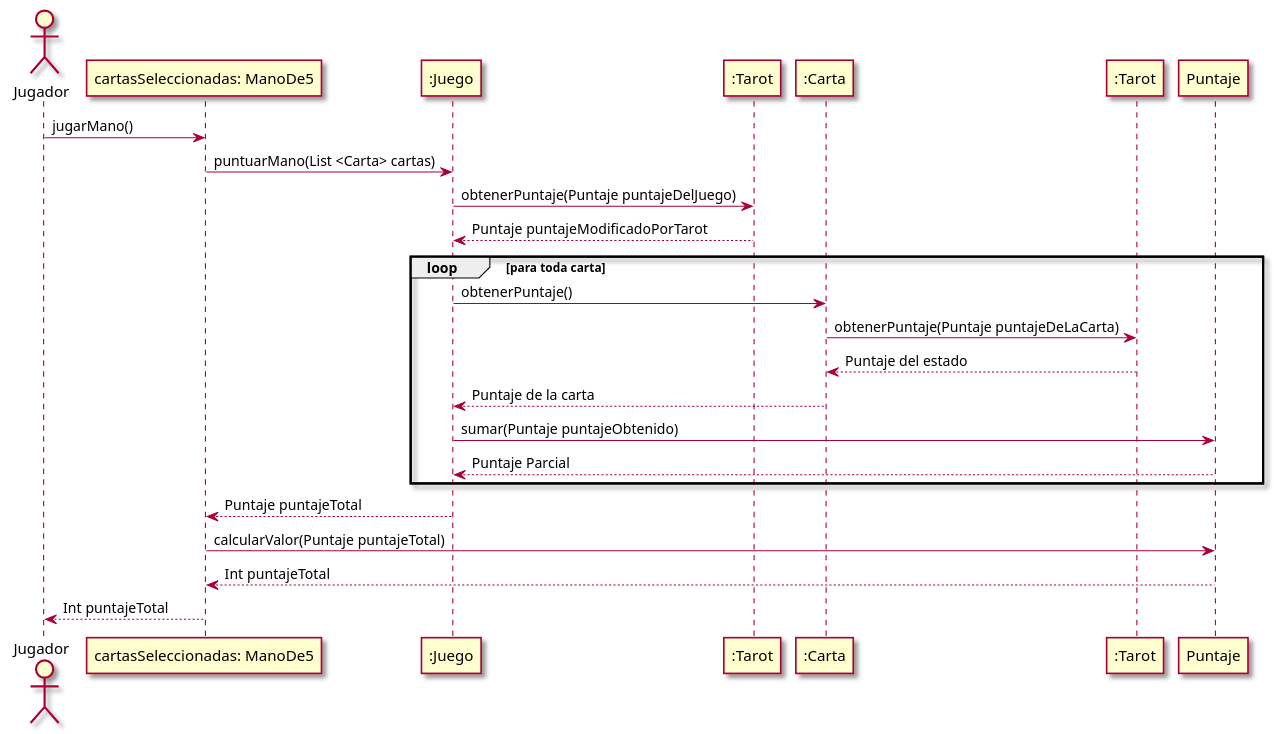
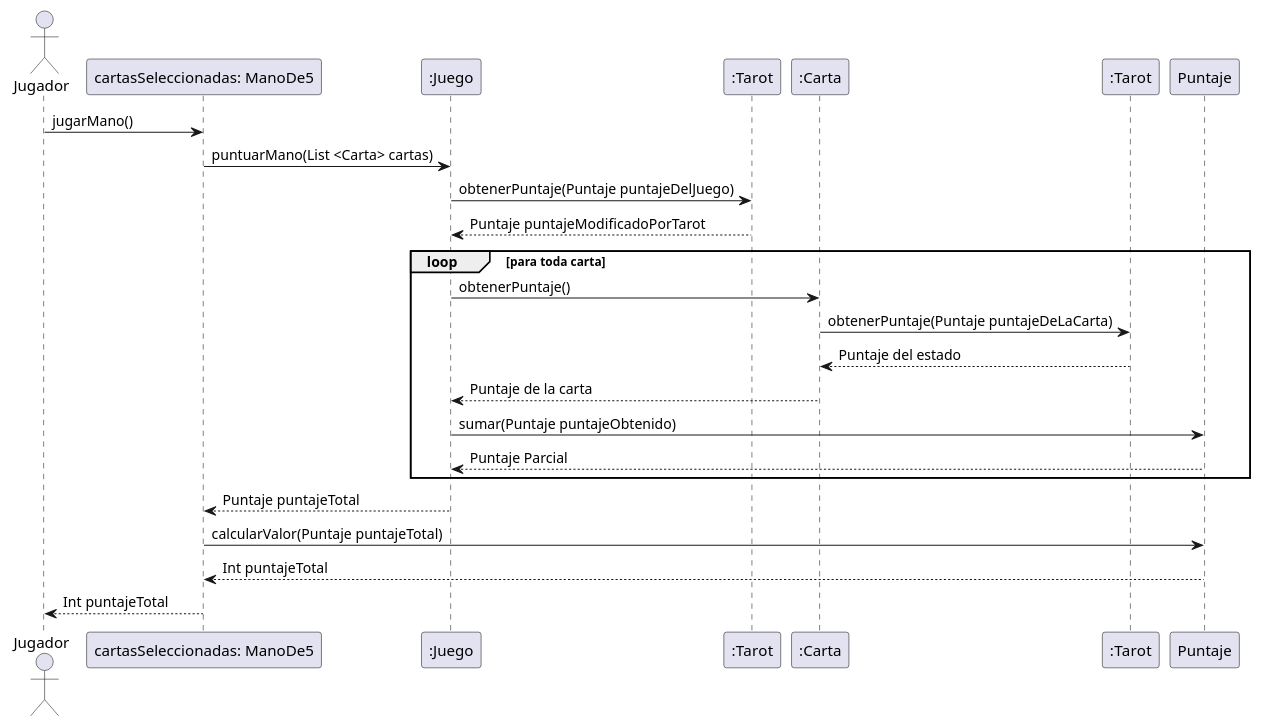
The diagram in diagrams/sequences/Asignacion_Puntaje_Mano.plantuml (fiuba/algo3_proyecto_base_tp2), drawn with PlantUML before and after one commit. The commit also changed 52 other files, not shown here.

First line of the commit message:
Agregamos diagrama de paquetes

```diff
--- a/diagrams/sequences/Asignacion_Puntaje_Mano.plantuml
+++ b/diagrams/sequences/Asignacion_Puntaje_Mano.plantuml
@@ -1,23 +1,21 @@
 @startuml
-
-skin rose
 
 actor Jugador
 Jugador -> "cartasSeleccionadas: ManoDe5" as CartasSeleccionadas : jugarMano()
 CartasSeleccionadas -> ":Juego" as Juego :puntuarMano(List <Carta> cartas)
 Juego -> ":Tarot" as Tarot: obtenerPuntaje(Puntaje puntajeDelJuego)
 Juego <-- Tarot: Puntaje puntajeModificadoPorTarot
 loop para toda carta
 Juego -> ":Carta" as Carta :obtenerPuntaje()
 Carta -> ":Tarot" as TarotDeLaCarta :obtenerPuntaje(Puntaje puntajeDeLaCarta)
 Carta  <-- TarotDeLaCarta :Puntaje del estado
 Juego <-- Carta :Puntaje de la carta
 Juego -> Puntaje: sumar(Puntaje puntajeObtenido)
 Juego <-- Puntaje : Puntaje Parcial
 end
 
 CartasSeleccionadas <-- Juego : Puntaje puntajeTotal
 CartasSeleccionadas -> Puntaje : calcularValor(Puntaje puntajeTotal)
 CartasSeleccionadas <-- Puntaje : Int puntajeTotal
 Jugador <-- CartasSeleccionadas : Int puntajeTotal
 @enduml
```
